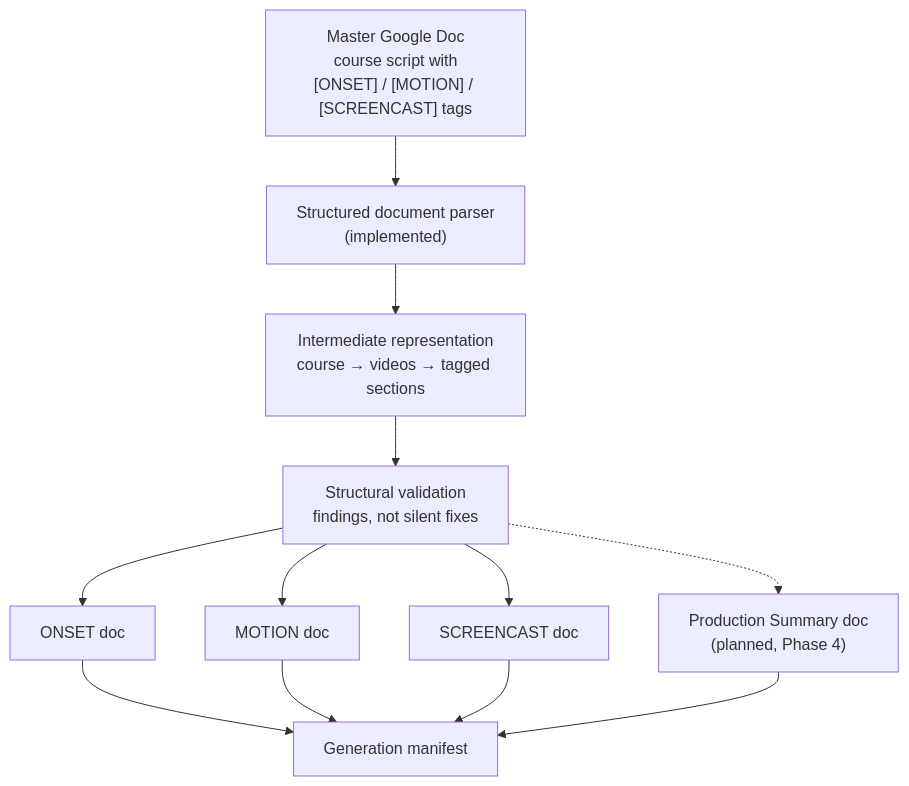
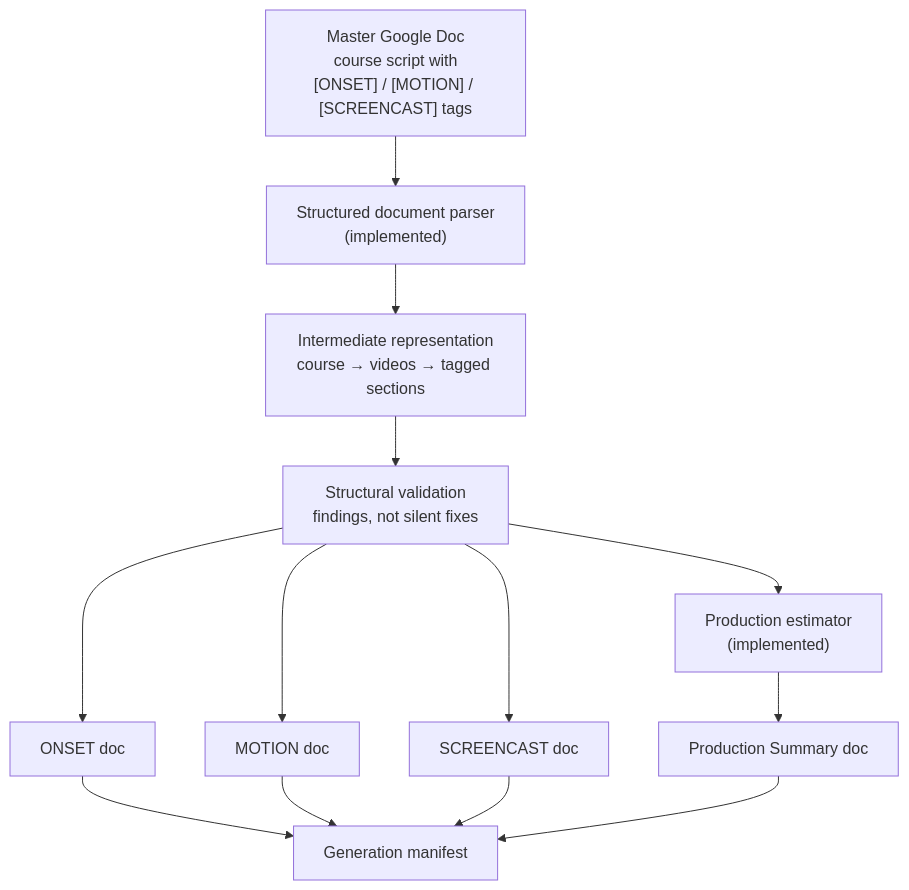
The fifth of 5 diagrams in docs/architecture.md (kenwalger/cellar-api), drawn with Mermaid before and after one commit. The commit also changed other lines of this file and 34 other files, not shown here.

First line of the commit message:
Add production estimator and Production Summary generation (Phase 4)

````diff
--- a/docs/architecture.md
+++ b/docs/architecture.md
@@ -132,11 +169,12 @@
 ```mermaid
 flowchart TD
     Master["Master Google Doc<br/>course script with<br/>[ONSET] / [MOTION] / [SCREENCAST] tags"] --> Parser["Structured document parser<br/>(implemented)"]
     Parser --> IR["Intermediate representation<br/>course → videos → tagged sections"]
     IR --> Validate["Structural validation<br/>findings, not silent fixes"]
     Validate --> Onset["ONSET doc"]
     Validate --> Motion["MOTION doc"]
     Validate --> Screencast["SCREENCAST doc"]
-    Validate -.-> Summary["Production Summary doc<br/>(planned, Phase 4)"]
+    Validate --> Estimate["Production estimator<br/>(implemented)"]
+    Estimate --> Summary["Production Summary doc"]
     Onset & Motion & Screencast & Summary --> Manifest["Generation manifest"]
 ```
````
